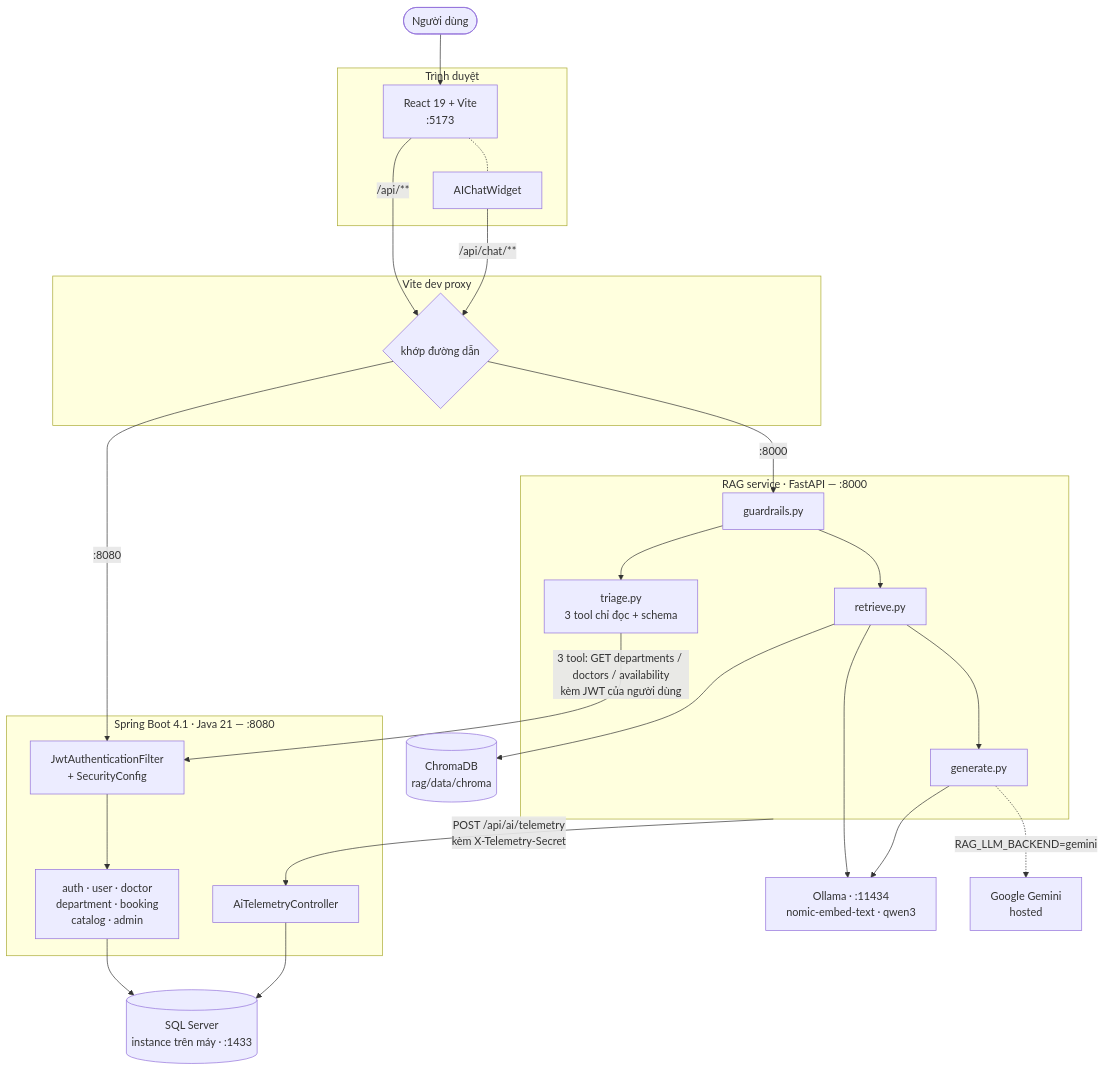
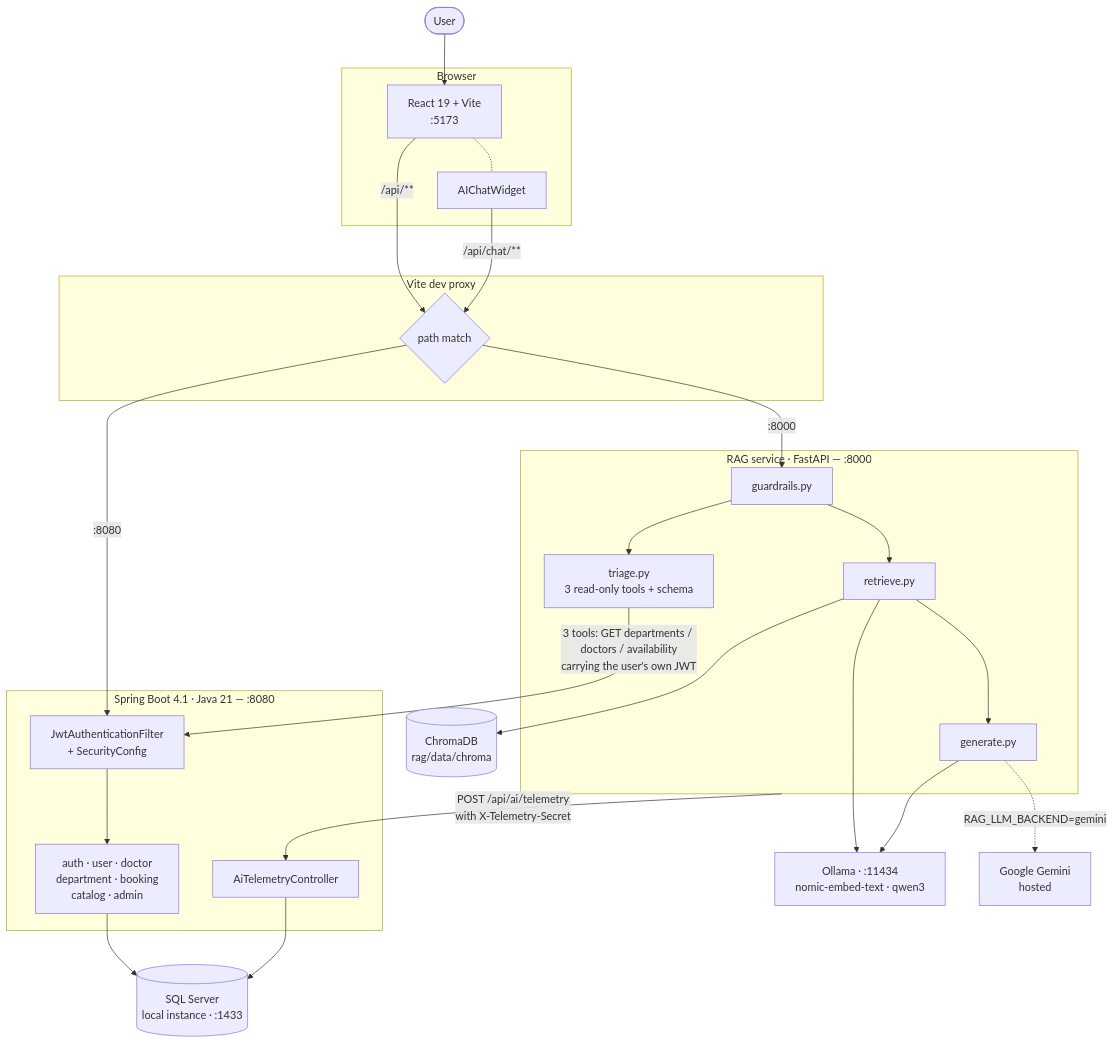
Before and after one commit to huulocc/smart-healthcare: the first of 2 diagrams in docs/ARCHITECTURE.md, drawn with Mermaid. The commit also changed other lines of this file and 14 other files, not shown here.

````diff
--- a/docs/ARCHITECTURE.md
+++ b/docs/ARCHITECTURE.md
@@ -17,52 +17,52 @@
 ```mermaid
 flowchart TB
-    U([Người dùng])
+    U([User])
 
-    subgraph browser["Trình duyệt"]
+    subgraph browser["Browser"]
         R["React 19 + Vite<br/>:5173"]
         W["AIChatWidget"]
         R -.- W
     end
 
     subgraph proxy["Vite dev proxy"]
-        PX{"khớp đường dẫn"}
+        PX{"path match"}
     end
 
     subgraph jvm["Spring Boot 4.1 · Java 21 — :8080"]
         SEC["JwtAuthenticationFilter<br/>+ SecurityConfig"]
         API["auth · user · doctor<br/>department · booking<br/>catalog · admin"]
         TEL["AiTelemetryController"]
         SEC --> API
     end
 
     subgraph py["RAG service · FastAPI — :8000"]
         GUARD["guardrails.py"]
         RET["retrieve.py"]
         GEN["generate.py"]
-        TRI["triage.py<br/>3 tool chỉ đọc + schema"]
+        TRI["triage.py<br/>3 read-only tools + schema"]
         GUARD --> RET --> GEN
         GUARD --> TRI
     end
 
-    DB[("SQL Server<br/>instance trên máy · :1433")]
+    DB[("SQL Server<br/>local instance · :1433")]
     CH[("ChromaDB<br/>rag/data/chroma")]
     OL["Ollama · :11434<br/>nomic-embed-text · qwen3"]
     GM["Google Gemini<br/>hosted"]
 
     U --> R
     R -->|"/api/**"| PX
     W -->|"/api/chat/**"| PX
     PX -->|":8080"| SEC
     PX -->|":8000"| GUARD
 
     API --> DB
     TEL --> DB
 
     RET --> CH
     RET --> OL
     GEN --> OL
     GEN -.->|"RAG_LLM_BACKEND=gemini"| GM
 
-    TRI -->|"3 tool: GET departments / doctors / availability<br/>kèm JWT của người dùng"| SEC
-    py -->|"POST /api/ai/telemetry<br/>kèm X-Telemetry-Secret"| TEL
+    TRI -->|"3 tools: GET departments / doctors / availability<br/>carrying the user's own JWT"| SEC
+    py -->|"POST /api/ai/telemetry<br/>with X-Telemetry-Secret"| TEL
 ```
````
